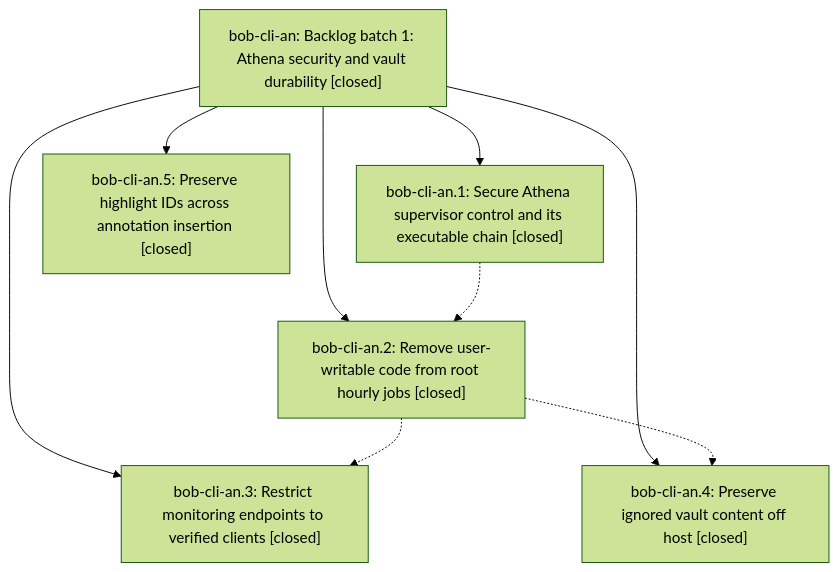
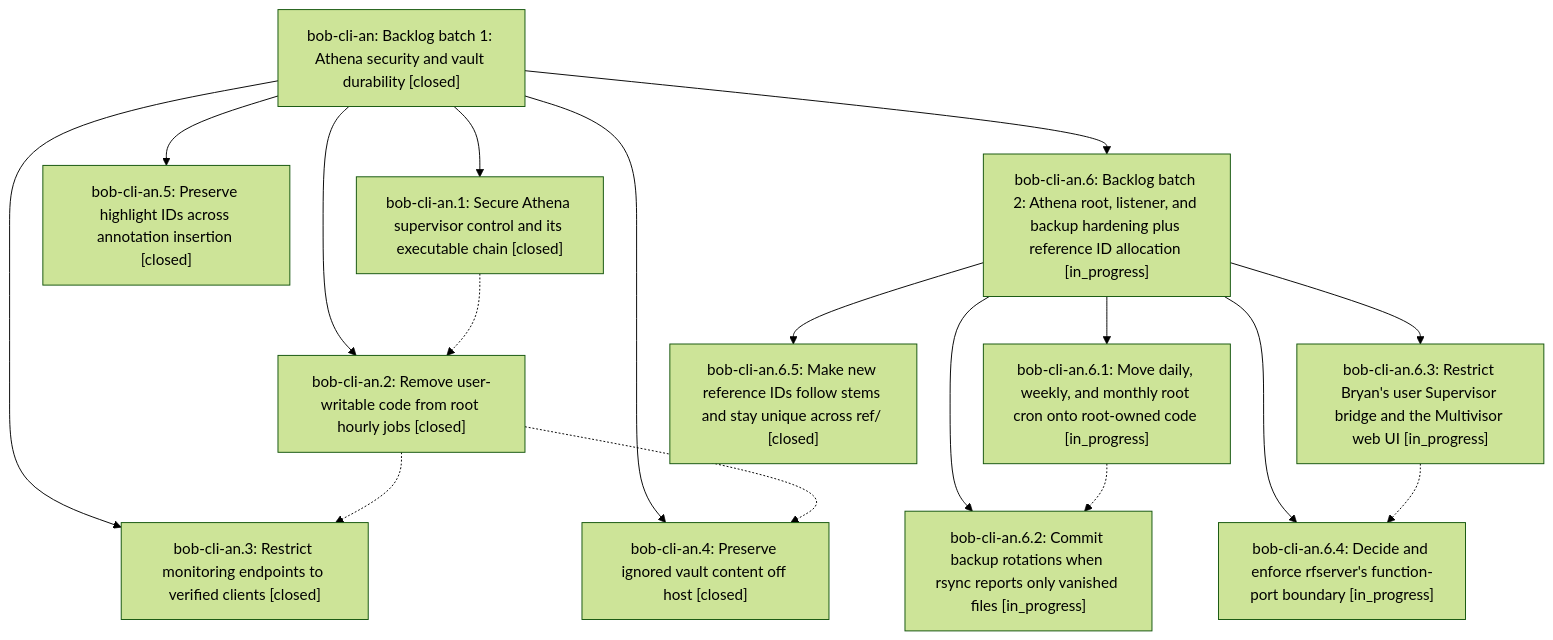
Before and after one commit to bobs-org/bob-cli--beads: the diagram in pages/bob-cli-an/README.md, drawn with Mermaid (forest theme). The commit also changed other lines of this file and 11 other files, not shown here.

First line of the commit message:
chore(beads): sync bead state and pages for bob-cli-an

````diff
--- a/pages/bob-cli-an/README.md
+++ b/pages/bob-cli-an/README.md
@@ -48,17 +48,31 @@
 ```mermaid
 flowchart TD
     n0["bob-cli-an: Backlog batch 1: Athena security and vault durability [closed]"]
     n1["bob-cli-an.1: Secure Athena supervisor control and its executable chain [closed]"]
     n2["bob-cli-an.2: Remove user-writable code from root hourly jobs [closed]"]
     n3["bob-cli-an.3: Restrict monitoring endpoints to verified clients [closed]"]
     n4["bob-cli-an.4: Preserve ignored vault content off host [closed]"]
     n5["bob-cli-an.5: Preserve highlight IDs across annotation insertion [closed]"]
+    n6["bob-cli-an.6: Backlog batch 2: Athena root, listener, and backup hardening plus reference ID allocation [in_progress]"]
+    n7["bob-cli-an.6.1: Move daily, weekly, and monthly root cron onto root-owned code [in_progress]"]
+    n8["bob-cli-an.6.2: Commit backup rotations when rsync reports only vanished files [in_progress]"]
+    n9["bob-cli-an.6.3: Restrict Bryan's user Supervisor bridge and the Multivisor web UI [in_progress]"]
+    n10["bob-cli-an.6.4: Decide and enforce rfserver's function-port boundary [in_progress]"]
+    n11["bob-cli-an.6.5: Make new reference IDs follow stems and stay unique across ref/ [closed]"]
     n0 --> n1
     n0 --> n2
     n0 --> n3
     n0 --> n4
     n0 --> n5
+    n0 --> n6
+    n6 --> n7
+    n6 --> n8
+    n6 --> n9
+    n6 --> n10
+    n6 --> n11
     n1 -.-> n2
     n2 -.-> n3
     n2 -.-> n4
+    n7 -.-> n8
+    n9 -.-> n10
 ```
````
